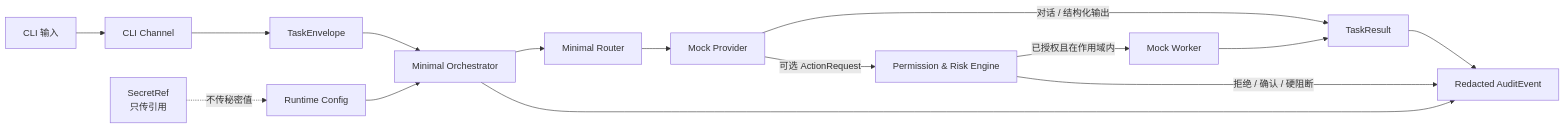
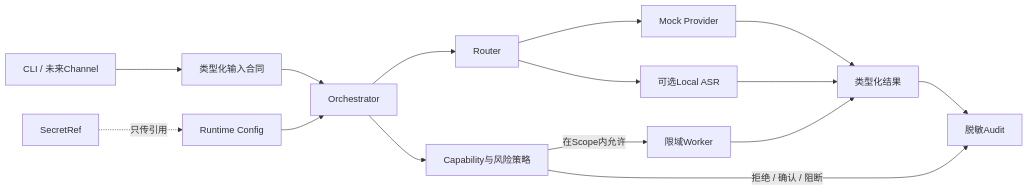
Before and after one commit to chengcheng-2006/paios-ce: the second of 2 diagrams in README.zh-CN.md, drawn with Mermaid. The commit also changed other lines of this file and 34 other files, not shown here.

````diff
--- a/README.zh-CN.md
+++ b/README.zh-CN.md
@@ -98,22 +184,21 @@
 ```mermaid
 flowchart LR
-    USER["CLI 输入"] --> CHANNEL["CLI Channel"]
-    CHANNEL --> TASK["TaskEnvelope"]
-    TASK --> ORCH["Minimal Orchestrator"]
+    INPUT["CLI / 未来Channel"] --> CONTRACT["类型化输入合同"]
+    CONTRACT --> ORCH["Orchestrator"]
+    CONFIG["Runtime Config"] --> ORCH
+    SREF["SecretRef"] -. "只传引用" .-> CONFIG
 
-    CONFIG["Runtime Config"] --> ORCH
-    SECRET["SecretRef<br/>只传引用"] -. "不传秘密值" .-> CONFIG
+    ORCH --> ROUTER["Router"]
+    ROUTER --> MOCK["Mock Provider"]
+    ROUTER --> SPEECH["可选Local ASR"]
 
-    ORCH --> ROUTER["Minimal Router"]
-    ROUTER --> MOCK["Mock Provider"]
+    MOCK --> RESULT["类型化结果"]
+    SPEECH --> RESULT
 
-    MOCK -->|"对话 / 结构化输出"| RESULT["TaskResult"]
-    MOCK -->|"可选 ActionRequest"| POLICY["Permission & Risk Engine"]
+    ORCH --> POLICY["Capability与风险策略"]
+    POLICY -->|"在Scope内允许"| WORKER["限域Worker"]
+    POLICY -->|"拒绝 / 确认 / 阻断"| AUDIT["脱敏Audit"]
 
-    POLICY -->|"已授权且在作用域内"| WORKER["Mock Worker"]
-    POLICY -->|"拒绝 / 确认 / 硬阻断"| AUDIT["Redacted AuditEvent"]
     WORKER --> RESULT
-
     RESULT --> AUDIT
-    ORCH --> AUDIT
 ```
````
